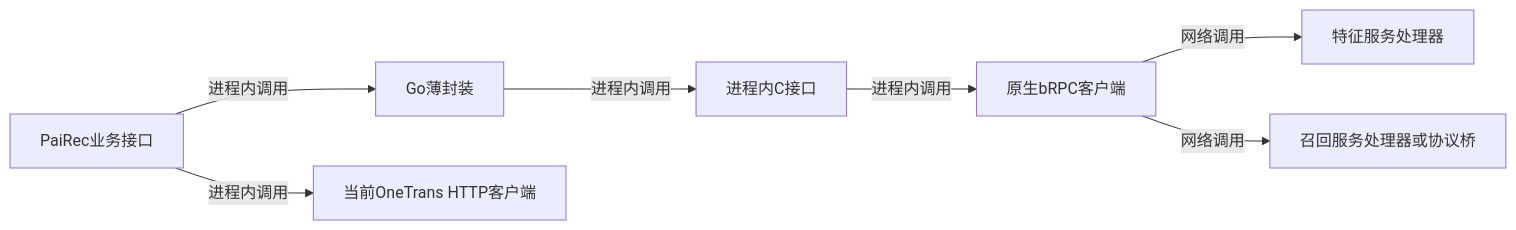
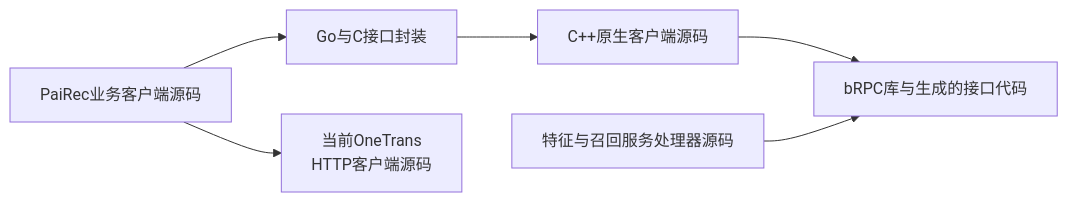
Before and after one commit to bitianyuan123/docs: the second of 5 diagrams in 06_rpc.md, drawn with Mermaid. The commit also changed other lines of this file and 141 other files, not shown here.

Commit message:
docs: audit module views and analyze PaiRec OneTrans Redis workloads

````diff
--- a/06_rpc.md
+++ b/06_rpc.md
@@ -40,9 +41,8 @@
 ```mermaid
 flowchart LR
-    B[PaiRec业务接口] -->|进程内调用| G[Go薄封装]
-    G -->|进程内调用| C[进程内C接口]
-    C -->|进程内调用| N[原生bRPC客户端]
-    N -->|网络调用| F[特征服务处理器]
-    N -->|网络调用| R[召回服务处理器或协议桥]
-    B -->|进程内调用| H[当前OneTrans HTTP客户端]
+    B[PaiRec业务客户端源码] --> G[Go与C接口封装]
+    G --> N[C++原生客户端源码]
+    N --> L[bRPC库与生成的接口代码]
+    S[特征与召回服务处理器源码] --> L
+    B --> H[当前OneTrans<br/>HTTP客户端源码]
 ```
````
